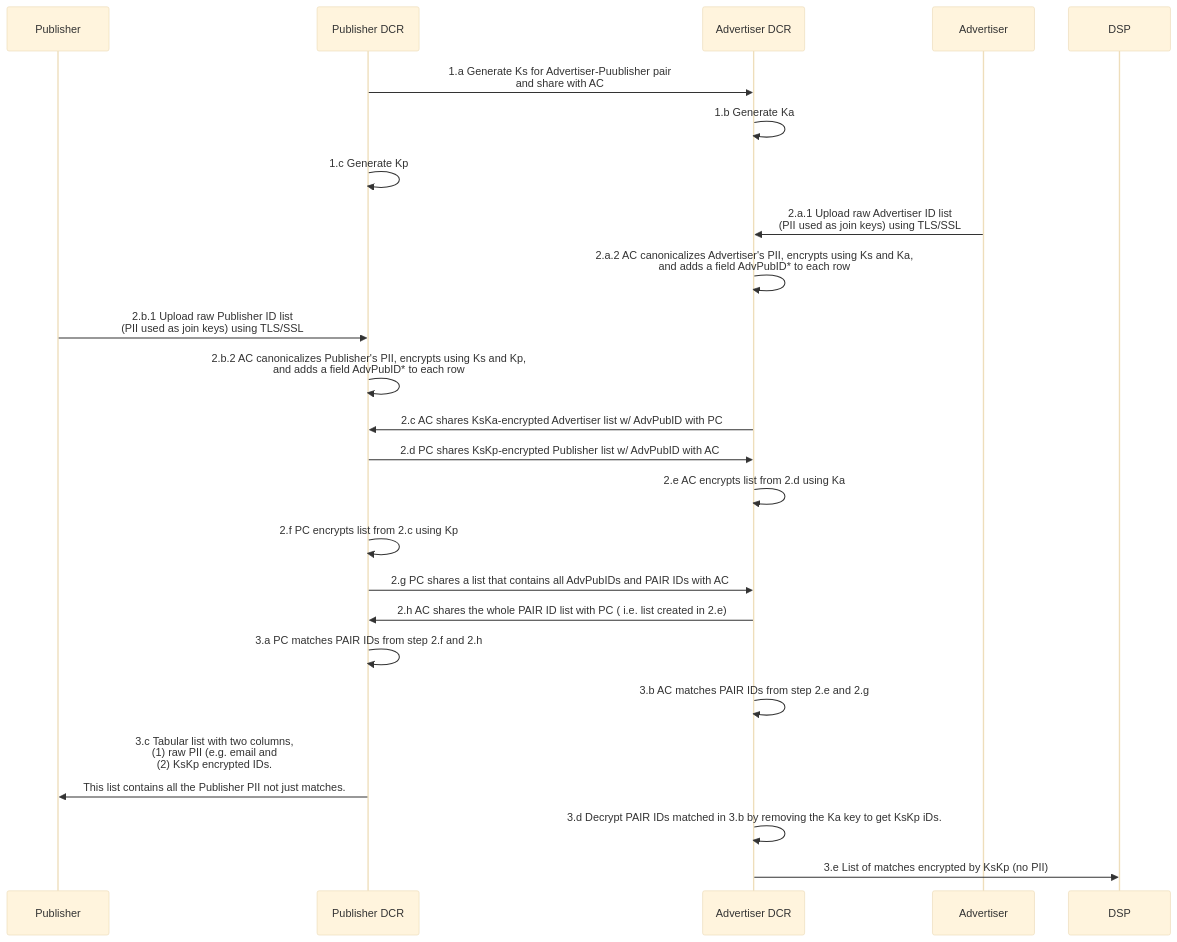
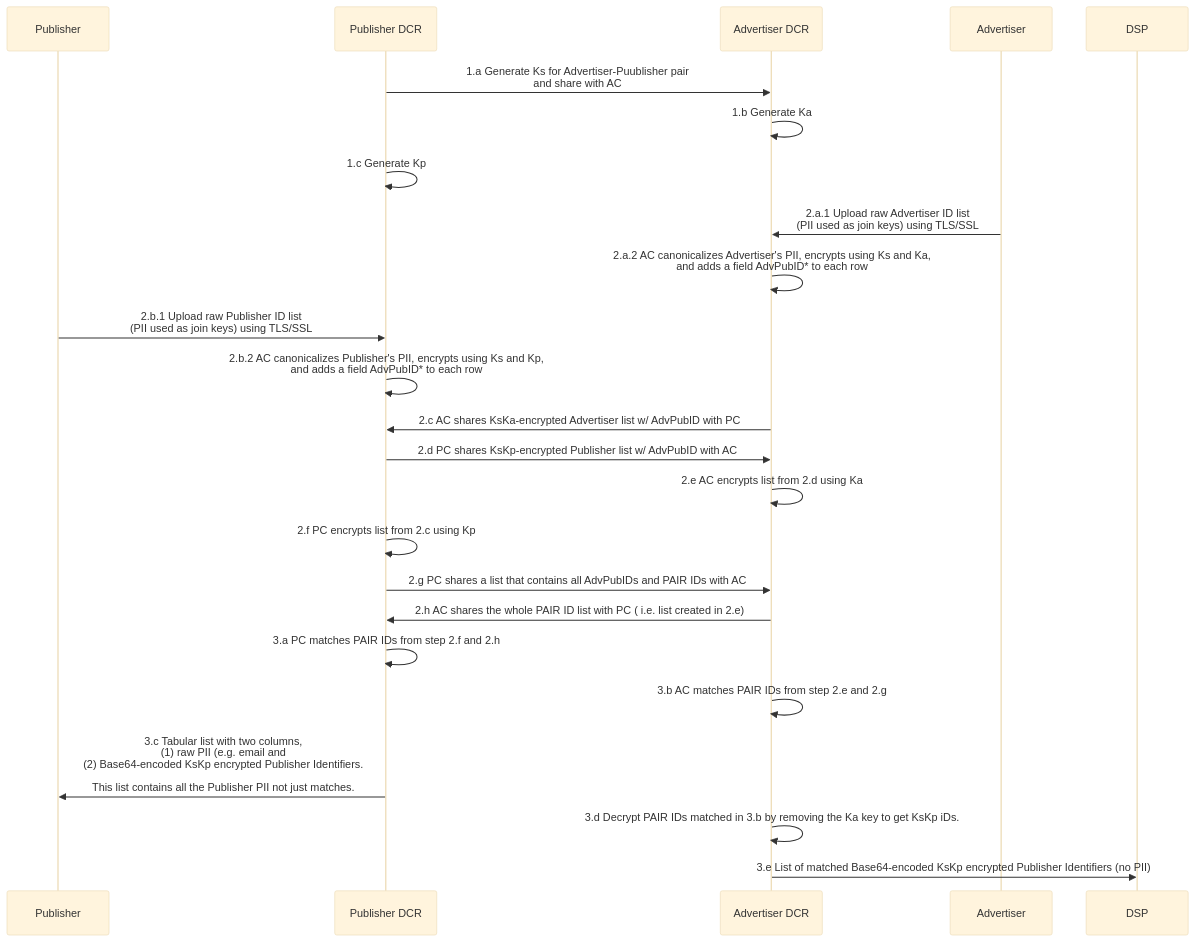
One commit to IABTechLab/pair changed the diagram in diagrams/Two_DCRs.md. Above: the diagram before and after it, drawn with Mermaid. The commit also changed 1 other file, not shown here.

Commit message:
Updates diagrams for 1.1 release

````diff
--- a/diagrams/Two_DCRs.md
+++ b/diagrams/Two_DCRs.md
@@ -1,34 +1,34 @@
 ```mermaid
 %%{init: {'theme': 'base', 'themeVariables': { 'participantBkgColor': '#f0f0f0', 'participantBorderColor': '#000000' }}}%%
 sequenceDiagram
 
 participant Pub as Publisher
 participant PC as Publisher DCR
 participant AC as Advertiser DCR
 participant Adv as Advertiser
 participant DSP
 
 PC->>AC: 1.a Generate Ks for Advertiser-Puublisher pair <br/>and share with AC
 AC->>AC: 1.b Generate Ka
 PC->>PC: 1.c Generate Kp
 
 Adv->>AC: 2.a.1 Upload raw Advertiser ID list <br/>(PII used as join keys) using TLS/SSL
 AC->>AC: 2.a.2 AC canonicalizes Advertiser's PII, encrypts using Ks and Ka,<br/> and adds a field AdvPubID* to each row
 
 Pub->>PC: 2.b.1 Upload raw Publisher ID list <br/>(PII used as join keys) using TLS/SSL
 PC->>PC: 2.b.2 AC canonicalizes Publisher's PII, encrypts using Ks and Kp,<br/> and adds a field AdvPubID* to each row
 
 AC->>PC: 2.c AC shares KsKa-encrypted Advertiser list w/ AdvPubID with PC
 PC->>AC: 2.d PC shares KsKp-encrypted Publisher list w/ AdvPubID with AC
 AC->>AC: 2.e AC encrypts list from 2.d using Ka
 PC->>PC: 2.f PC encrypts list from 2.c using Kp
 PC->>AC: 2.g PC shares a list that contains all AdvPubIDs and PAIR IDs with AC
 AC->>PC: 2.h AC shares the whole PAIR ID list with PC ( i.e. list created in 2.e)
 
 PC->>PC: 3.a PC matches PAIR IDs from step 2.f and 2.h
 AC->>AC: 3.b AC matches PAIR IDs from step 2.e and 2.g
-PC->>Pub: 3.c Tabular list with two columns, <br/>(1) raw PII (e.g. email and <br/>(2) KsKp encrypted IDs. <br/><br/>This list contains all the Publisher PII not just matches.
+PC->>Pub: 3.c Tabular list with two columns, <br/>(1) raw PII (e.g. email and <br/>(2) Base64-encoded KsKp encrypted Publisher Identifiers. <br/><br/>This list contains all the Publisher PII not just matches.
 AC->>AC: 3.d Decrypt PAIR IDs matched in 3.b by removing the Ka key to get KsKp iDs.
-AC->>DSP: 3.e List of matches encrypted by KsKp (no PII)
+AC->>DSP: 3.e List of matched Base64-encoded KsKp encrypted Publisher Identifiers (no PII)
 
 ```
````
